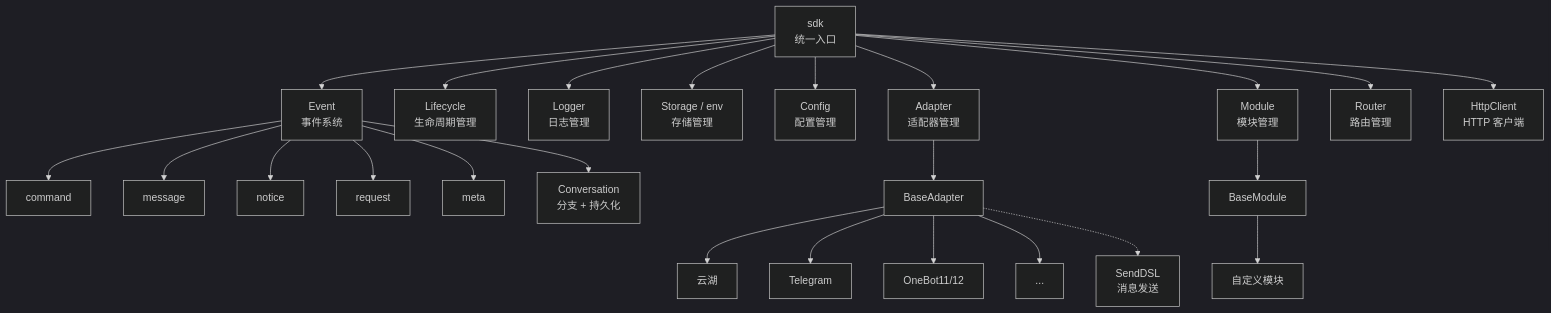
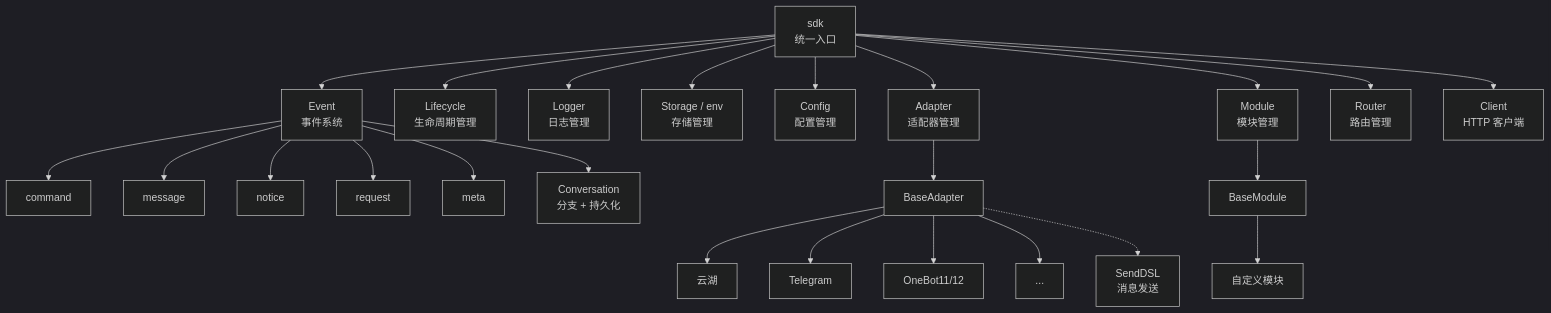
One commit to ErisPulse/ErisPulse changed the first of 9 diagrams in docs/zh-CN/architecture.md. Above: the diagram before and after it, drawn with Mermaid (dark theme). The commit also changed other lines of this file and 22 other files, not shown here.

````diff
--- a/docs/zh-CN/architecture.md
+++ b/docs/zh-CN/architecture.md
@@ -9,31 +9,31 @@
 ```mermaid
 graph TB
     SDK["sdk<br/>统一入口"]
 
     SDK --> Event["Event<br/>事件系统"]
     SDK --> Lifecycle["Lifecycle<br/>生命周期管理"]
     SDK --> Logger["Logger<br/>日志管理"]
     SDK --> Storage["Storage / env<br/>存储管理"]
     SDK --> Config["Config<br/>配置管理"]
     SDK --> AdapterMgr["Adapter<br/>适配器管理"]
     SDK --> ModuleMgr["Module<br/>模块管理"]
     SDK --> Router["Router<br/>路由管理"]
-    SDK --> Client["HttpClient<br/>HTTP 客户端"]
+    SDK --> Client["Client<br/>HTTP 客户端"]
     Event --> Command["command"]
     Event --> Message["message"]
     Event --> Notice["notice"]
     Event --> Request["request"]
     Event --> Meta["meta"]
     Event --> Conversation["Conversation<br/>分支 + 持久化"]
 
     AdapterMgr --> BaseAdapter["BaseAdapter"]
     BaseAdapter --> P1["云湖"]
     BaseAdapter --> P2["Telegram"]
     BaseAdapter --> P3["OneBot11/12"]
     BaseAdapter --> PN["..."]
 
     ModuleMgr --> BaseModule["BaseModule"]
     BaseModule --> CM["自定义模块"]
 
     BaseAdapter -.-> SendDSL["SendDSL<br/>消息发送"]
 ```
````
